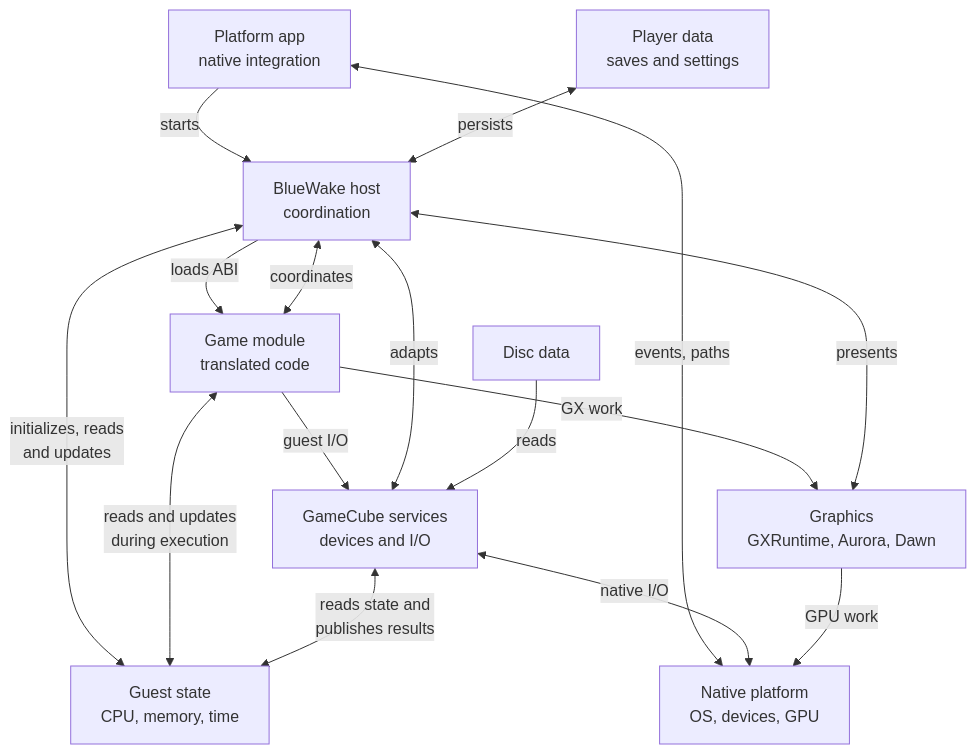
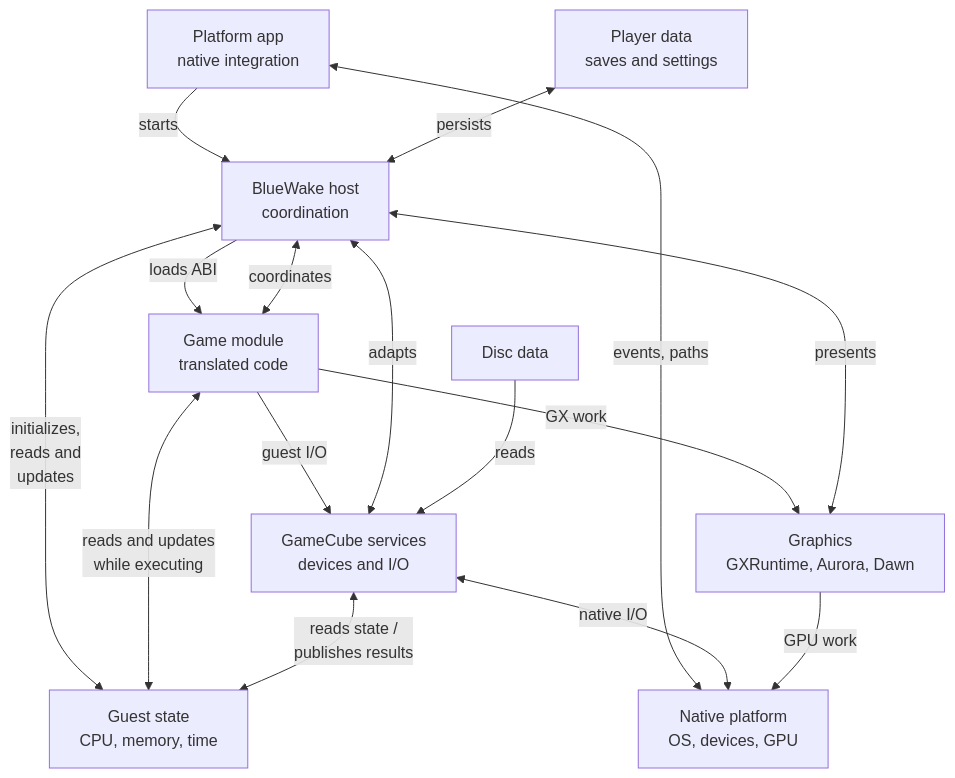
The first of 2 diagrams in docs/architecture/Runtime.md (Aelbannan/boat_of_daphnes), drawn with Mermaid before and after one commit. The commit also changed other lines of this file and 6 other files, not shown here.

Commit message:
docs: prevent runtime diagram truncation

````diff
--- a/docs/architecture/Runtime.md
+++ b/docs/architecture/Runtime.md
@@ -38,28 +38,28 @@
 ```mermaid
 flowchart TD
     Platform["Platform app<br/>native integration"]
     Host["BlueWake host<br/>coordination"]
     Module["Game module<br/>translated code"]
     Guest["Guest state<br/>CPU, memory, time"]
     Services["GameCube services<br/>devices and I/O"]
     Graphics["Graphics<br/>GXRuntime, Aurora, Dawn"]
     Disc["Disc data"]
     Player["Player data<br/>saves and settings"]
     Native["Native platform<br/>OS, devices, GPU"]
 
     Platform -->|"starts"| Host
     Host -->|"loads ABI"| Module
     Host <-->|"coordinates"| Module
-    Host <-->|"initializes, reads<br/>and updates"| Guest
-    Module <-->|"reads and updates<br/>during execution"| Guest
+    Host <-->|"initializes,<br/>reads and<br/>updates"| Guest
+    Module <-->|"reads and updates<br/>while executing"| Guest
     Module -->|"guest I/O"| Services
     Host <-->|"adapts"| Services
-    Services <-->|"reads state and<br/>publishes results"| Guest
+    Services <-->|"reads state /<br/>publishes results"| Guest
     Module -->|"GX work"| Graphics
     Host <-->|"presents"| Graphics
     Disc -->|"reads"| Services
     Player <-->|"persists"| Host
     Platform <-->|"events, paths"| Native
     Services <-->|"native I/O"| Native
     Graphics -->|"GPU work"| Native
 ```
````
